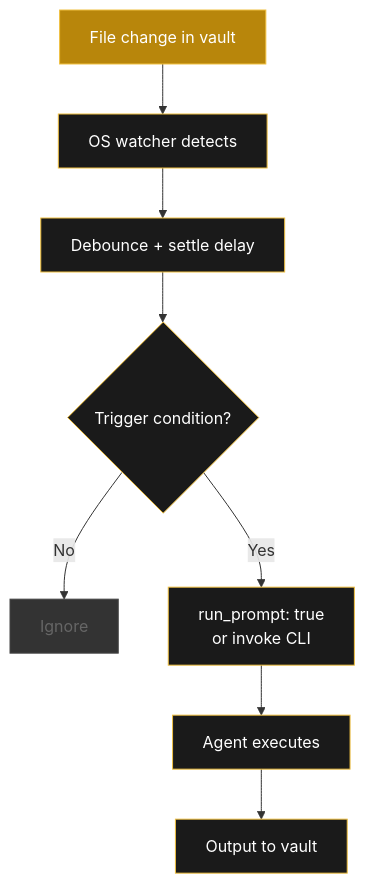
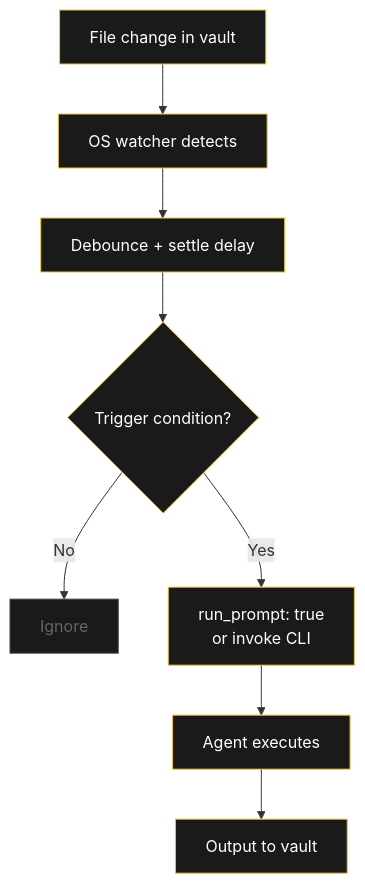
Before and after one commit to raulmina1/quartz-garden: the diagram in content/AI Ecosystem.md, drawn with Mermaid. The commit also changed 13 other files, not shown here.

Commit message:
all 10 improvements: dark flowcharts, Plausible analytics, favicon, CNAME for domain, OG images already active

````diff
--- a/content/AI Ecosystem.md
+++ b/content/AI Ecosystem.md
@@ -165,19 +165,19 @@
 ```mermaid
 flowchart TD
     A[File change in vault] --> B[OS watcher detects]
     B --> C[Debounce + settle delay]
     C --> D{Trigger condition?}
     D -->|No| E[Ignore]
     D -->|Yes| F["run_prompt: true<br/>or invoke CLI"]
     F --> G[Agent executes]
     G --> H[Output to vault]
 
-    style A fill:#b8860b,stroke:#f0c040,color:#fff
+    style A fill:#1a1a1a,stroke:#f0c040,color:#fff
     style B fill:#1a1a1a,stroke:#f0c040,color:#fff
     style C fill:#1a1a1a,stroke:#f0c040,color:#fff
     style D fill:#1a1a1a,stroke:#f0c040,color:#fff
-    style E fill:#333,stroke:#444,color:#666
+    style E fill:#1a1a1a,stroke:#f0c040,color:#fff,stroke:#444,color:#666
     style F fill:#1a1a1a,stroke:#f0c040,color:#fff
     style G fill:#1a1a1a,stroke:#f0c040,color:#fff
     style H fill:#1a1a1a,stroke:#f0c040,color:#fff
 ```
````
